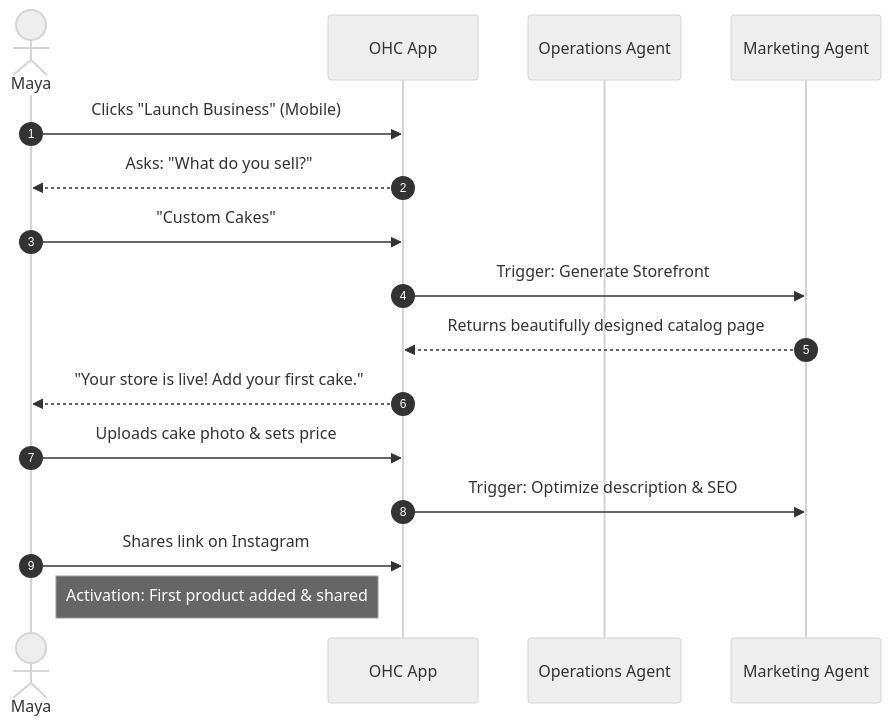
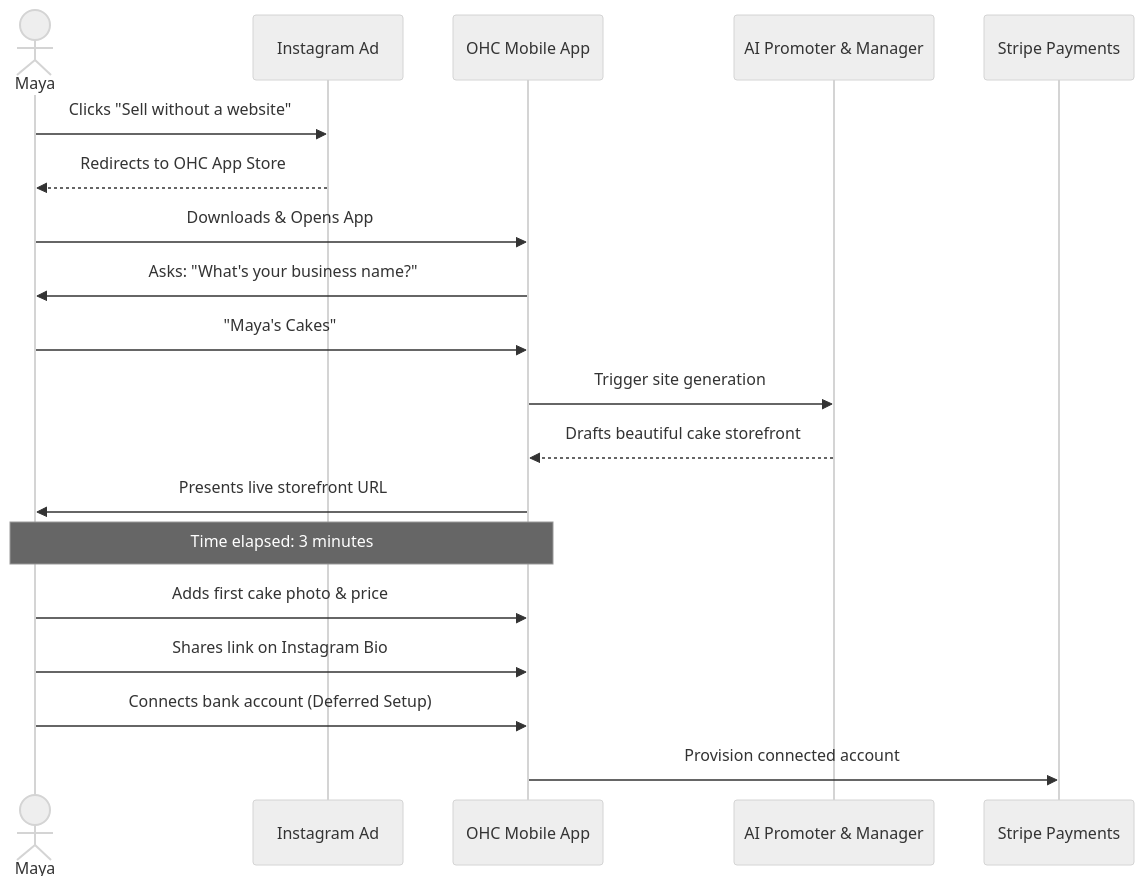
The first of 5 diagrams in docs/research/[architecture]_business_journey.md (omnisolo-llc/onehumancorp), drawn with Mermaid (neutral theme) before and after one commit. The commit also changed other lines of this file and 195 other files, not shown here.

````diff
--- a/docs/research/[architecture]_business_journey.md
+++ b/docs/research/[architecture]_business_journey.md
@@ -53,19 +54,22 @@
 ```mermaid
 sequenceDiagram
-    autonumber
-    actor Maya as Maya
-    participant App as OHC App
-    participant Ops as Operations Agent
-    participant Mkt as Marketing Agent
+    actor Maya
+    participant Ad as Instagram Ad
+    participant OHC as OHC Mobile App
+    participant AI as AI Promoter & Manager
+    participant Stripe as Stripe Payments
 
-    Maya->>App: Clicks "Launch Business" (Mobile)
-    App-->>Maya: Asks: "What do you sell?"
-    Maya->>App: "Custom Cakes"
-    App->>Mkt: Trigger: Generate Storefront
-    Mkt-->>App: Returns beautifully designed catalog page
-    App-->>Maya: "Your store is live! Add your first cake."
-    Maya->>App: Uploads cake photo & sets price
-    App->>Mkt: Trigger: Optimize description & SEO
-    Maya->>App: Shares link on Instagram
-    note right of Maya: Activation: First product added & shared
+    Maya->>Ad: Clicks "Sell without a website"
+    Ad-->>Maya: Redirects to OHC App Store
+    Maya->>OHC: Downloads & Opens App
+    OHC->>Maya: Asks: "What's your business name?"
+    Maya->>OHC: "Maya's Cakes"
+    OHC->>AI: Trigger site generation
+    AI-->>OHC: Drafts beautiful cake storefront
+    OHC->>Maya: Presents live storefront URL
+    Note over Maya,OHC: Time elapsed: 3 minutes
+    Maya->>OHC: Adds first cake photo & price
+    Maya->>OHC: Shares link on Instagram Bio
+    Maya->>OHC: Connects bank account (Deferred Setup)
+    OHC->>Stripe: Provision connected account
 ```
````
